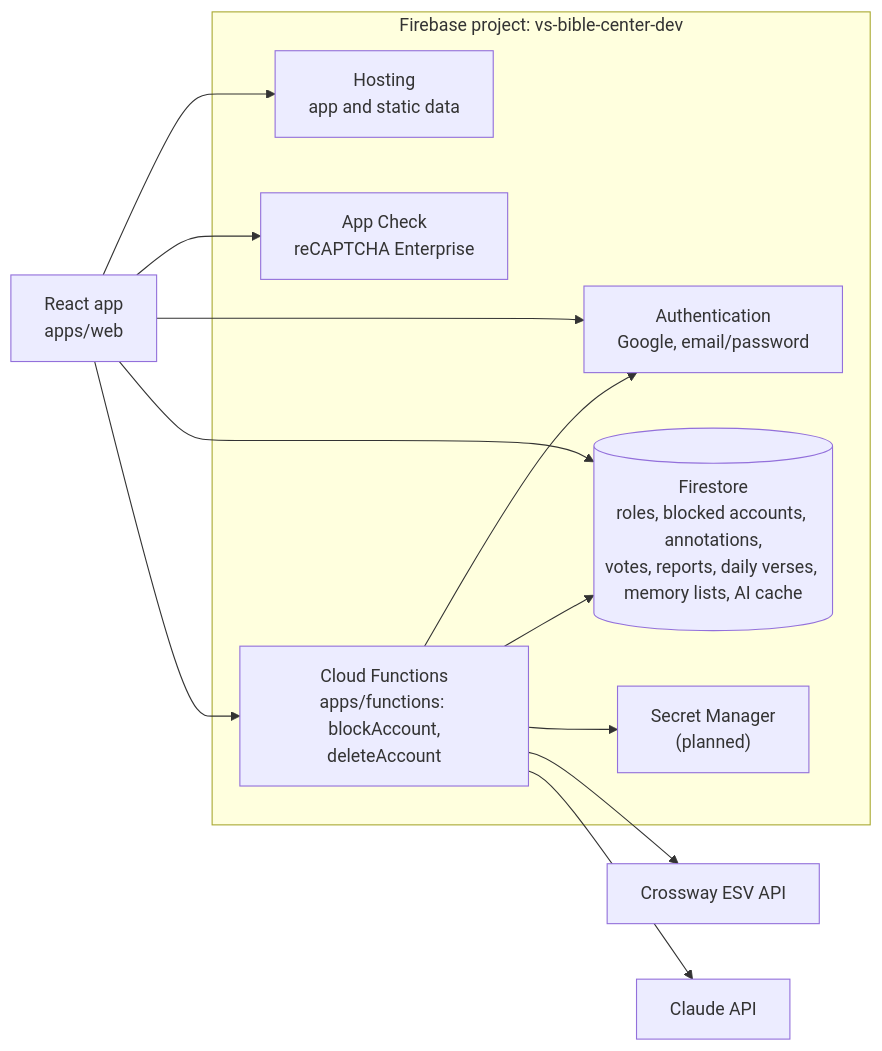
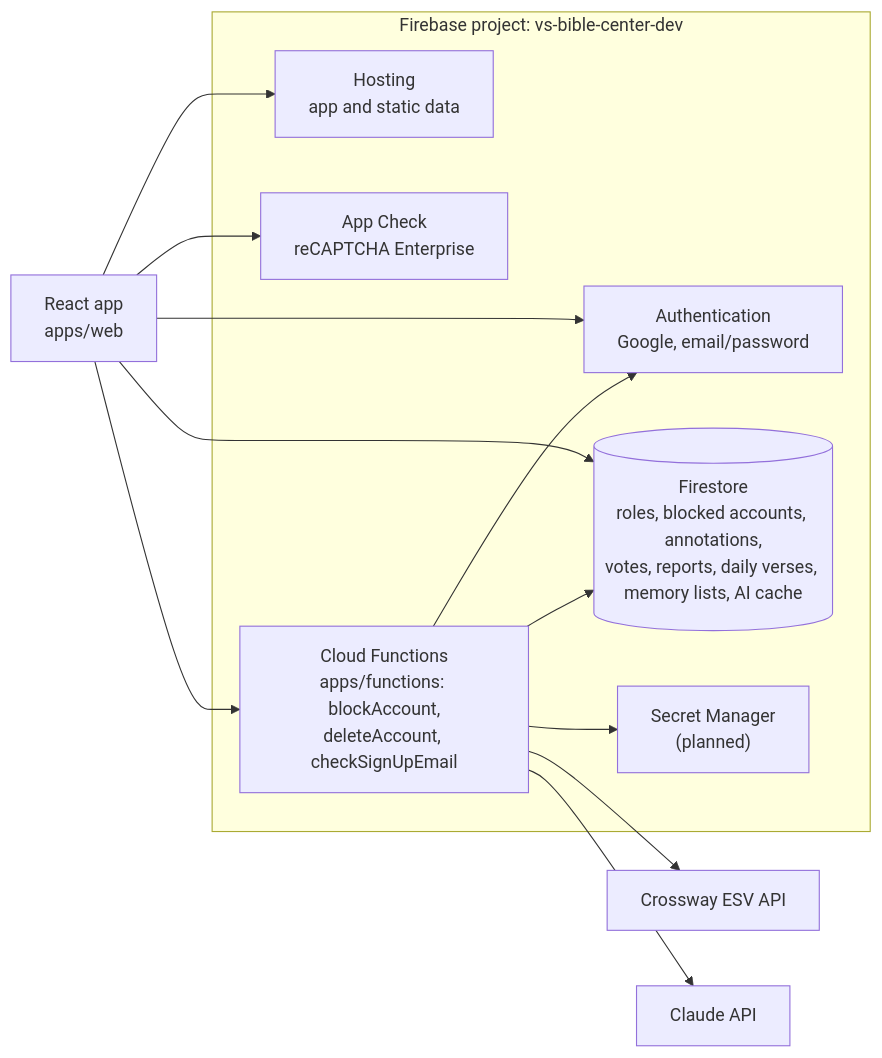
The first of 25 diagrams in ARCHITECTURE.md (Valiance-Studios/bible-center), drawn with Mermaid before and after one commit. The commit also changed other lines of this file and 37 other files, not shown here.

First line of the commit message:
Require two-step sign-in for staff, and refuse temporary email sign-ups (#36)

````diff
--- a/ARCHITECTURE.md
+++ b/ARCHITECTURE.md
@@ -158,27 +162,27 @@
 ```mermaid
 flowchart LR
   browser["React app<br/>apps/web"]
 
   subgraph firebase["Firebase project: vs-bible-center-dev"]
     hosting["Hosting<br/>app and static data"]
     auth["Authentication<br/>Google, email/password"]
     firestore[("Firestore<br/>roles, blocked accounts, annotations,<br/>votes, reports, daily verses, memory lists, AI cache")]
     appcheck["App Check<br/>reCAPTCHA Enterprise"]
-    functions["Cloud Functions<br/>apps/functions: blockAccount,<br/>deleteAccount"]
+    functions["Cloud Functions<br/>apps/functions: blockAccount,<br/>deleteAccount, checkSignUpEmail"]
     secrets["Secret Manager<br/>(planned)"]
   end
 
   esv["Crossway ESV API"]
   claude["Claude API"]
 
   browser --> hosting
   browser --> auth
   browser --> firestore
   browser --> appcheck
   browser --> functions
   functions --> secrets
   functions --> firestore
   functions --> auth
   functions --> esv
   functions --> claude
 ```
````
